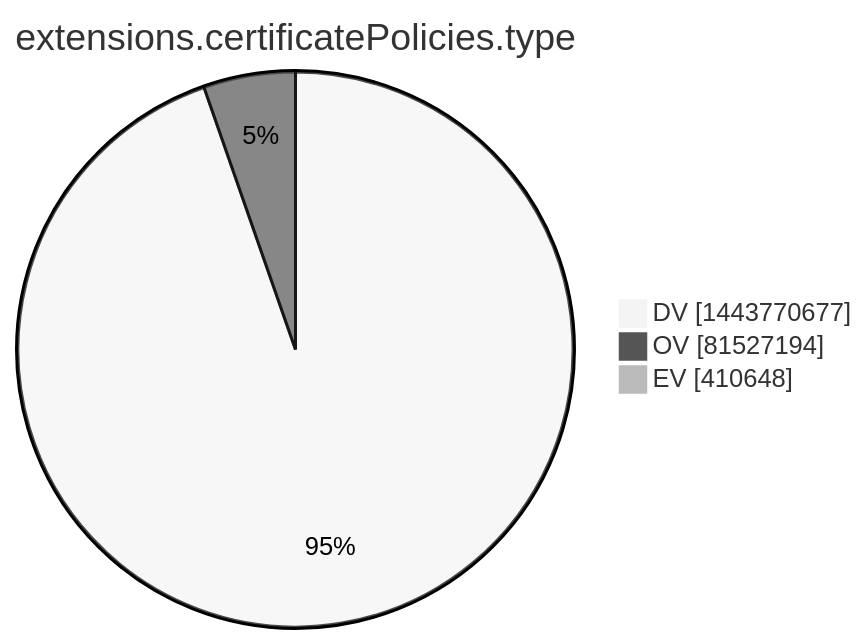
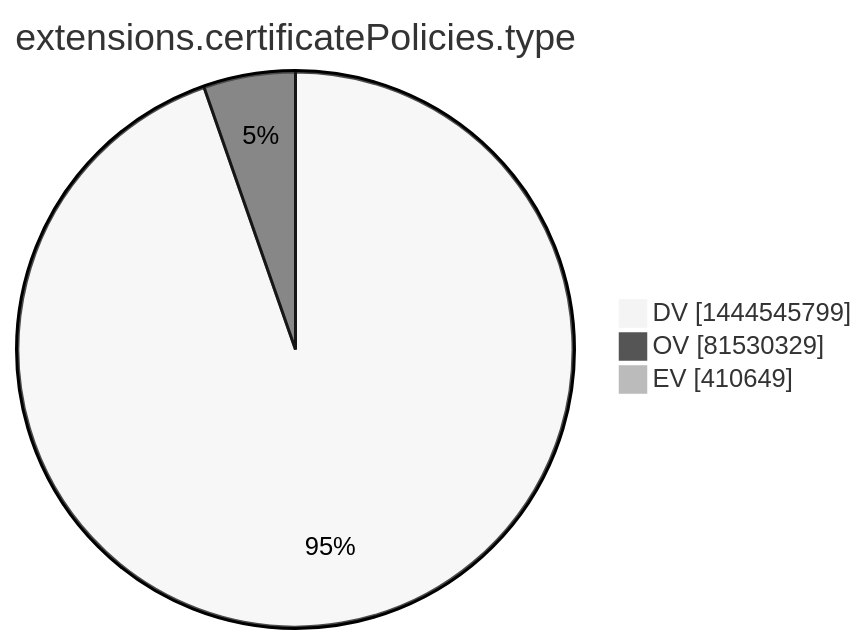
Before and after one commit to christiankrug/ctmonitor_visualization: the tenth of 15 diagrams in xenon2022/README.md, drawn with Mermaid (neutral theme). The commit also changed other lines of this file, not shown here.

````diff
--- a/xenon2022/README.md
+++ b/xenon2022/README.md
@@ -2868,7 +2868,7 @@
 ```mermaid
 pie showData
 title extensions.certificatePolicies.type
-"DV" :1443770677
-"OV" :81527194
-"EV" :410648
+"DV" :1444545799
+"OV" :81530329
+"EV" :410649
 ```
````
